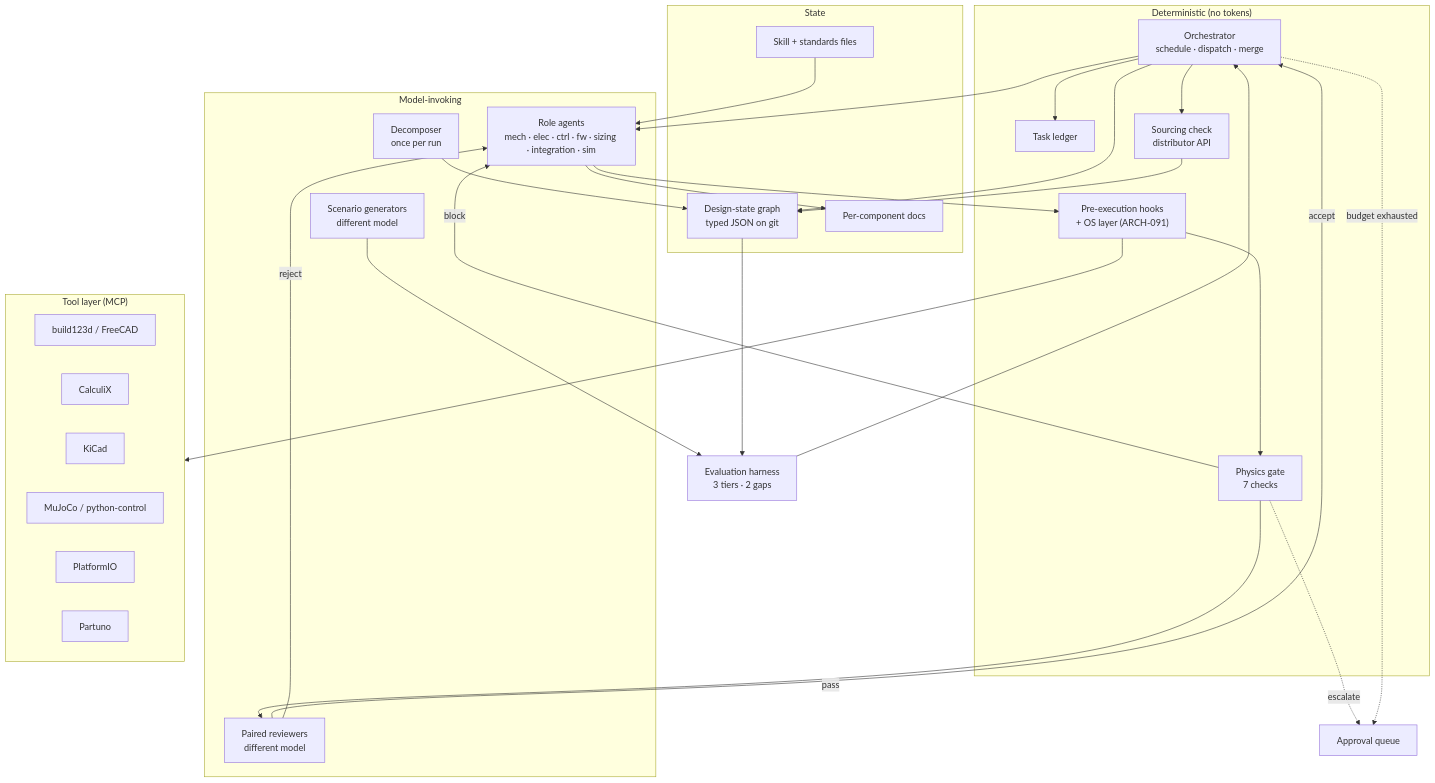
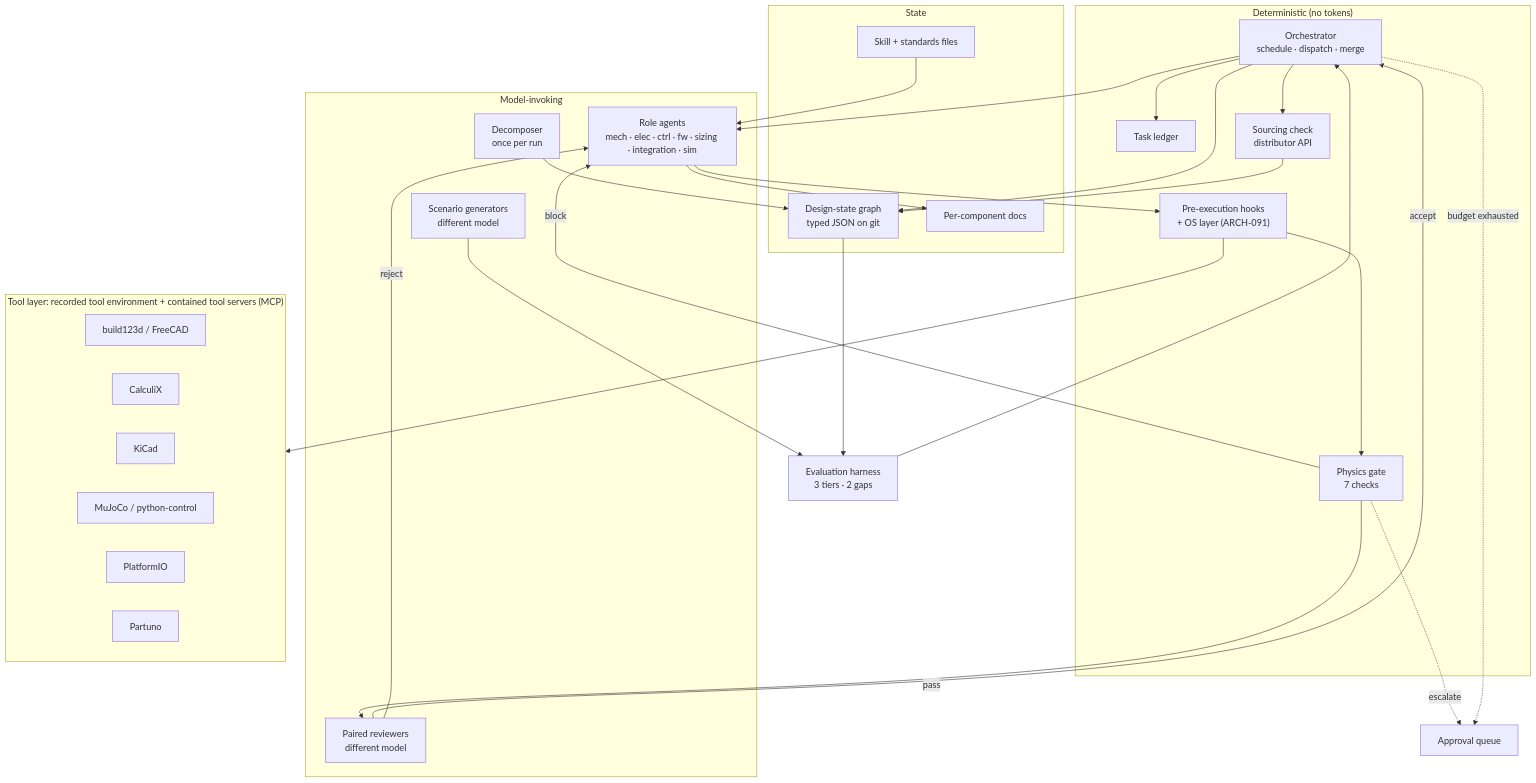
One commit to yasinhessnawi1/physgate changed the diagram in .docs/02-architecture-specification.md. Above: the diagram before and after it, drawn with Mermaid. The commit also changed other lines of this file, not shown here.

Commit message:
docs(architecture): the tool layer (ARCH-092, ARCH-093), parts on hand (ARCH-122) and the amendments that go with them

````diff
--- a/.docs/02-architecture-specification.md
+++ b/.docs/02-architecture-specification.md
@@ -63,56 +63,56 @@
 ```mermaid
 flowchart TB
     subgraph DET["Deterministic (no tokens)"]
         ORCH["Orchestrator<br/>schedule · dispatch · merge"]
         LEDGER["Task ledger"]
         HOOKS["Pre-execution hooks<br/>+ OS layer (ARCH-091)"]
         PHYS["Physics gate<br/>7 checks"]
         SRC["Sourcing check<br/>distributor API"]
     end
 
     subgraph MODEL["Model-invoking"]
         DEC["Decomposer<br/>once per run"]
         ROLES["Role agents<br/>mech · elec · ctrl · fw · sizing · integration · sim"]
         REV["Paired reviewers<br/>different model"]
         GEN["Scenario generators<br/>different model"]
     end
 
     subgraph STORE["State"]
         DSG["Design-state graph<br/>typed JSON on git"]
         DOCS["Per-component docs"]
         SKILL["Skill + standards files"]
     end
 
-    subgraph TOOLS["Tool layer (MCP)"]
+    subgraph TOOLS["Tool layer: recorded tool environment + contained tool servers (MCP)"]
         CAD["build123d / FreeCAD"]
         FEA["CalculiX"]
         ECAD["KiCad"]
         SIM["MuJoCo / python-control"]
         EMB["PlatformIO"]
         PART["Partuno"]
     end
 
     EVAL["Evaluation harness<br/>3 tiers · 2 gaps"]
     HUMAN["Approval queue"]
 
     DEC --> DSG
     ORCH --> LEDGER
     ORCH --> DSG
     ORCH --> ROLES
     SKILL --> ROLES
     ROLES --> HOOKS
     HOOKS --> TOOLS
     HOOKS --> PHYS
     PHYS -->|pass| REV
     PHYS -->|block| ROLES
     REV -->|accept| ORCH
     REV -->|reject| ROLES
     ORCH --> SRC
     SRC --> DSG
     GEN --> EVAL
     DSG --> EVAL
     EVAL --> ORCH
     PHYS -.escalate.-> HUMAN
     ORCH -.budget exhausted.-> HUMAN
     ROLES --> DOCS
 ```
````
